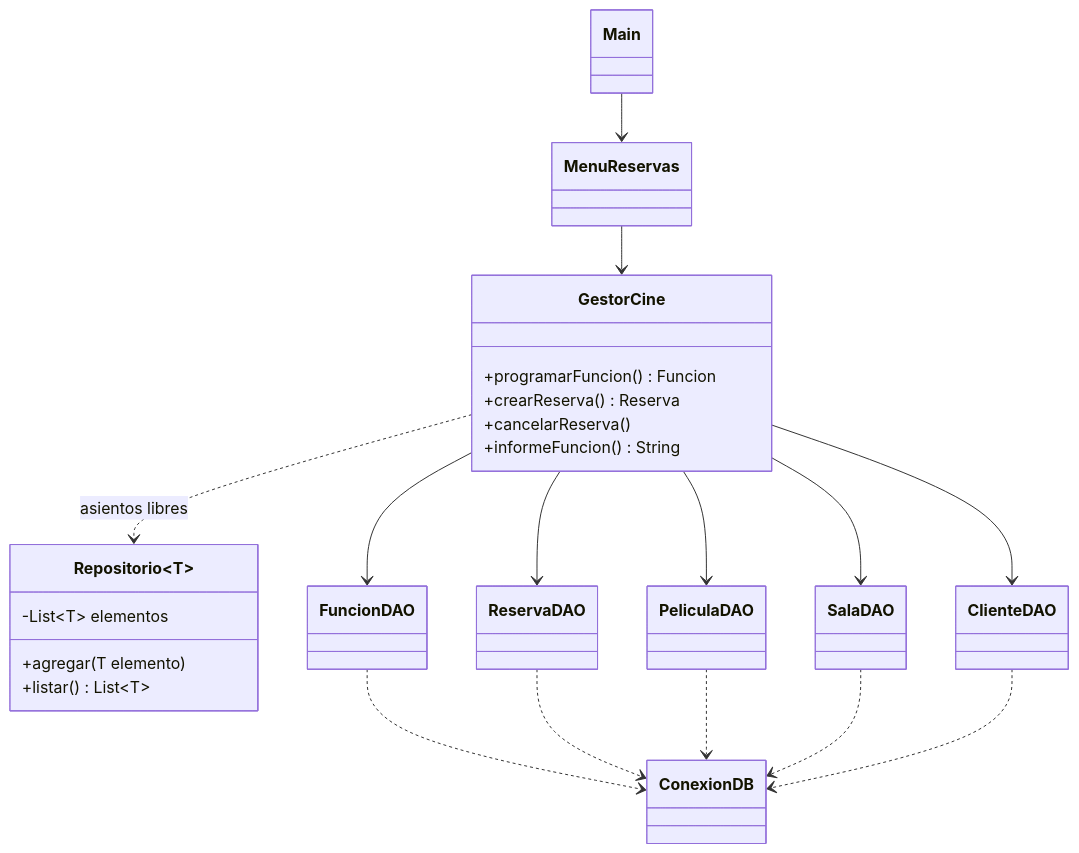
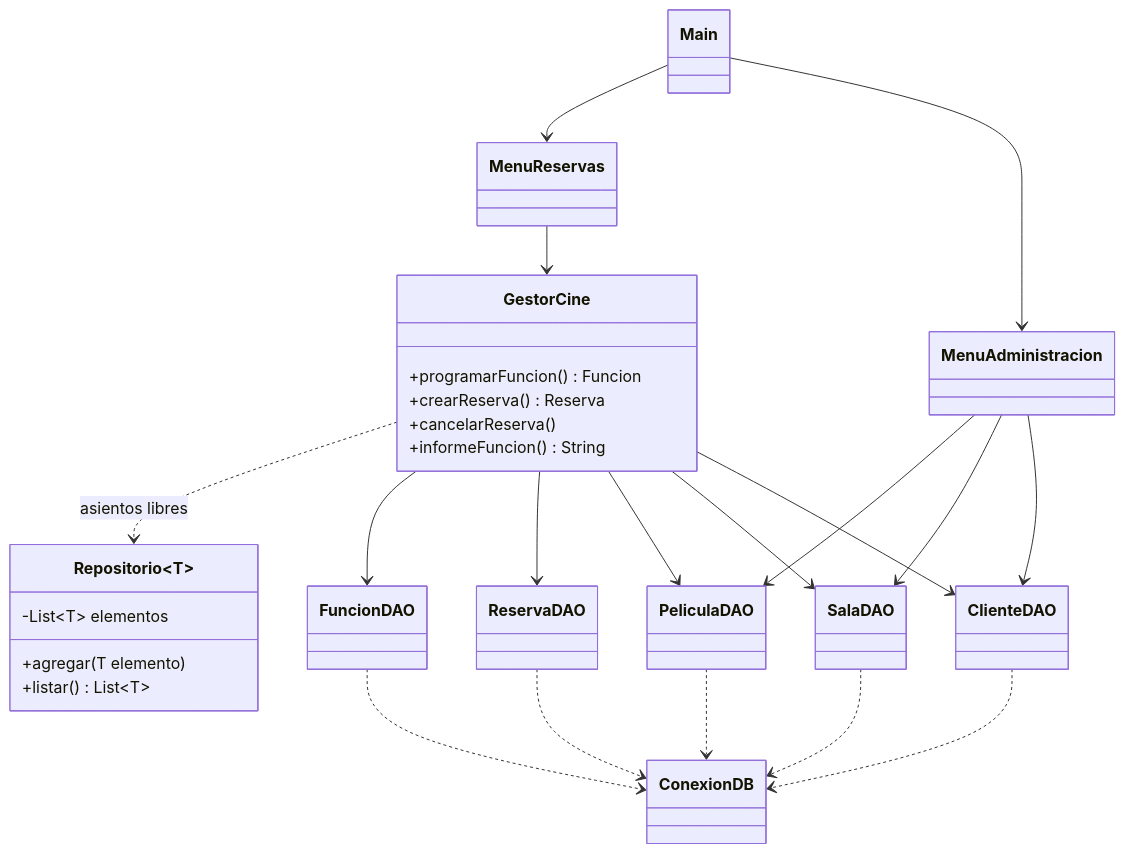
One commit to Grupo-progra-2/tpFinal changed the second of 2 diagrams in docs/UML.md. Above: the diagram before and after it, drawn with Mermaid.

Commit message:
docs: actualizar UML con menu de administracion

````diff
--- a/docs/UML.md
+++ b/docs/UML.md
@@ -63,36 +63,41 @@
 ```mermaid
 classDiagram
     direction TB
     class Main
     class MenuReservas
+    class MenuAdministracion
     class GestorCine {
         +programarFuncion() Funcion
         +crearReserva() Reserva
         +cancelarReserva()
         +informeFuncion() String
     }
     class Repositorio~T~ {
         -List~T~ elementos
         +agregar(T elemento)
         +listar() List~T~
     }
     class FuncionDAO
     class ReservaDAO
     class PeliculaDAO
     class SalaDAO
     class ClienteDAO
     class ConexionDB
     Main --> MenuReservas
+    Main --> MenuAdministracion
+    MenuAdministracion --> PeliculaDAO
+    MenuAdministracion --> SalaDAO
+    MenuAdministracion --> ClienteDAO
     MenuReservas --> GestorCine
     GestorCine ..> Repositorio : asientos libres
     GestorCine --> FuncionDAO
     GestorCine --> ReservaDAO
     GestorCine --> PeliculaDAO
     GestorCine --> SalaDAO
     GestorCine --> ClienteDAO
     FuncionDAO ..> ConexionDB
     ReservaDAO ..> ConexionDB
     PeliculaDAO ..> ConexionDB
     SalaDAO ..> ConexionDB
     ClienteDAO ..> ConexionDB
 ```
````
